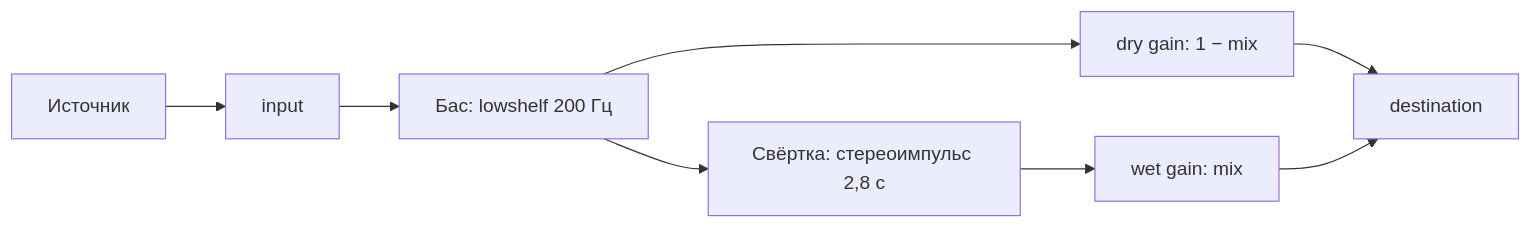
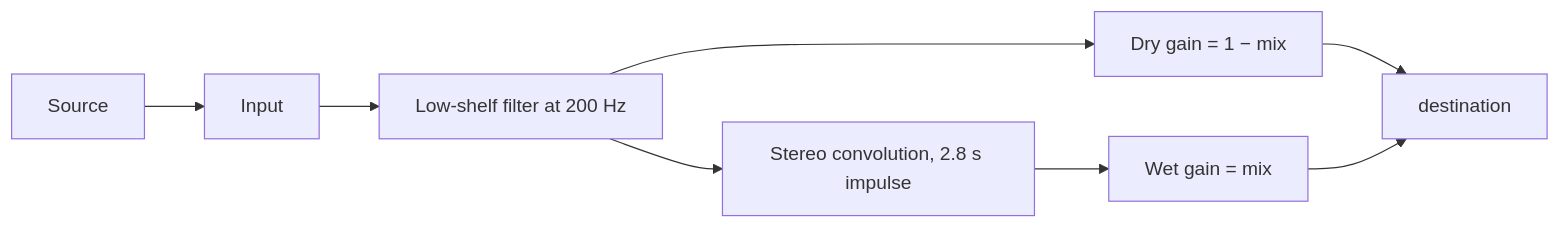
The second of 2 diagrams in ARCHITECTURE.md (notsecret808/lazy-reverb), drawn with Mermaid before and after one commit. The commit also changed other lines of this file and 31 other files, not shown here.

````diff
--- a/ARCHITECTURE.md
+++ b/ARCHITECTURE.md
@@ -24,10 +24,10 @@
 ```mermaid
 flowchart LR
-  Source[Источник] --> Input[input]
-  Input --> Bass[Бас: lowshelf 200 Гц]
-  Bass --> Dry[dry gain: 1 − mix]
-  Bass --> Convolver[Свёртка: стереоимпульс 2,8 с]
-  Convolver --> Wet[wet gain: mix]
+  Source[Source] --> Input[Input]
+  Input --> Bass[Low-shelf filter at 200 Hz]
+  Bass --> Dry[Dry gain = 1 − mix]
+  Bass --> Convolver[Stereo convolution, 2.8 s impulse]
+  Convolver --> Wet[Wet gain = mix]
   Dry --> Output[destination]
   Wet --> Output
 ```
````
